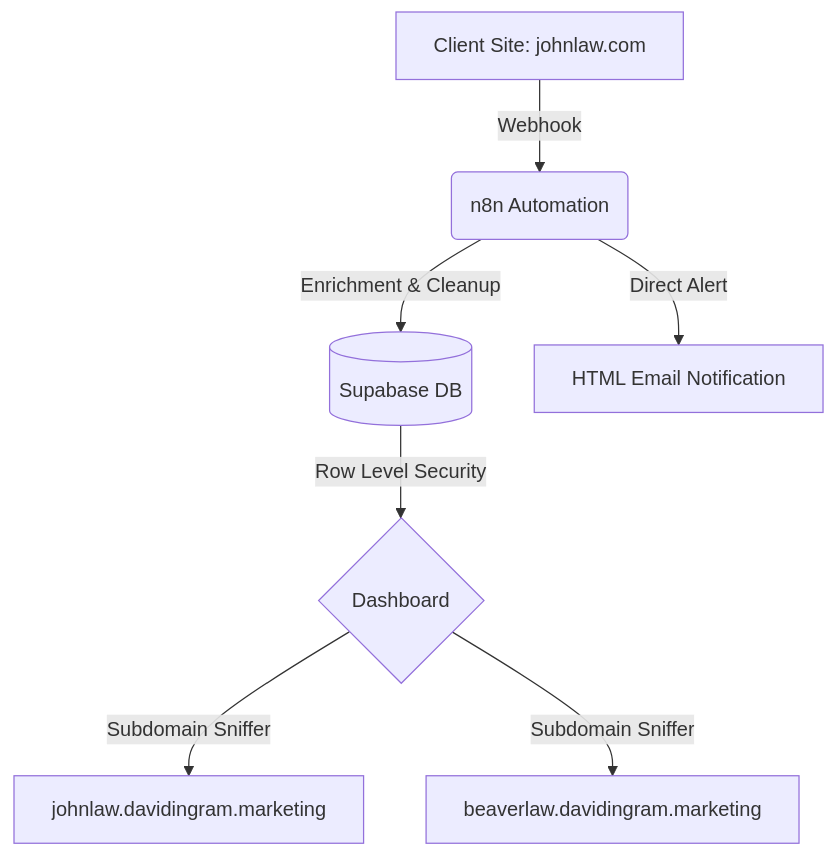
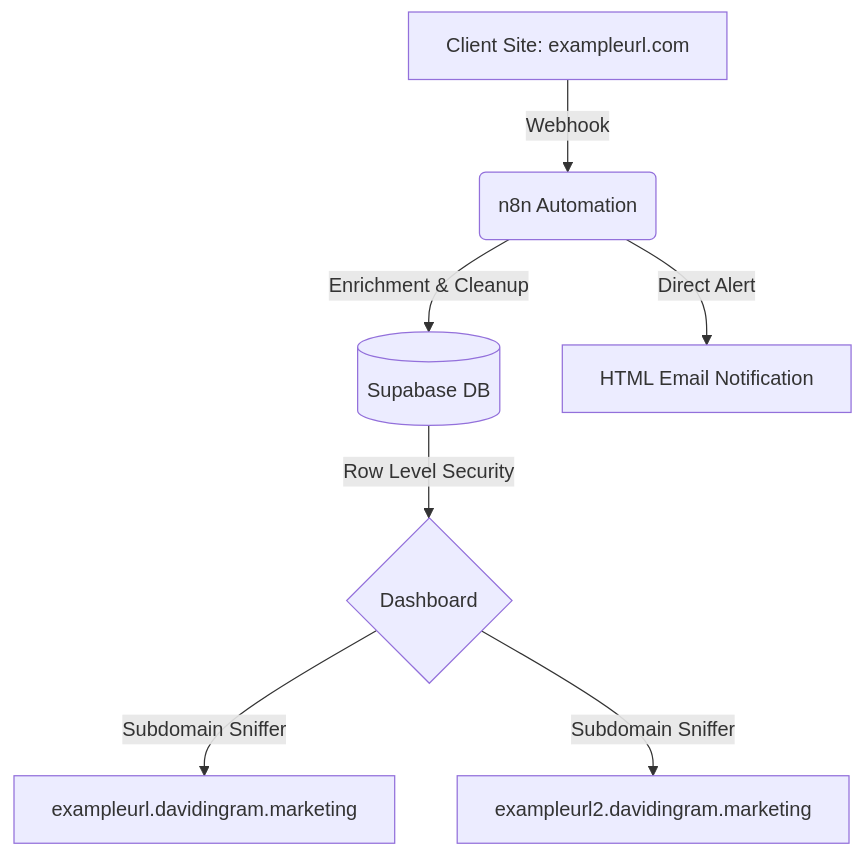
One commit to davidringram/dimc-dashboard-template changed the diagram in README.md. Above: the diagram before and after it, drawn with Mermaid.

````diff
--- a/README.md
+++ b/README.md
@@ -31,9 +31,9 @@
 ```mermaid
 graph TD
-    A[Client Site: johnlaw.com] -->|Webhook| B(n8n Automation)
+    A[Client Site: exampleurl.com] -->|Webhook| B(n8n Automation)
     B -->|Enrichment & Cleanup| C[(Supabase DB)]
     C -->|Row Level Security| D{Dashboard}
-    D -->|Subdomain Sniffer| E[johnlaw.davidingram.marketing]
-    D -->|Subdomain Sniffer| F[beaverlaw.davidingram.marketing]
+    D -->|Subdomain Sniffer| E[exampleurl.davidingram.marketing]
+    D -->|Subdomain Sniffer| F[exampleurl2.davidingram.marketing]
     B -->|Direct Alert| G[HTML Email Notification]
 ```
````
